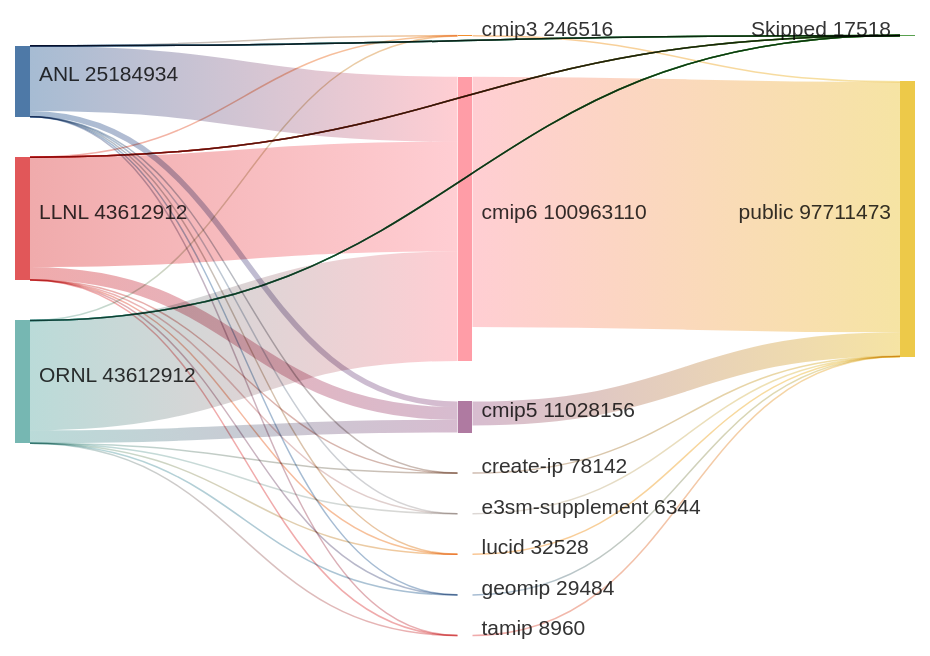
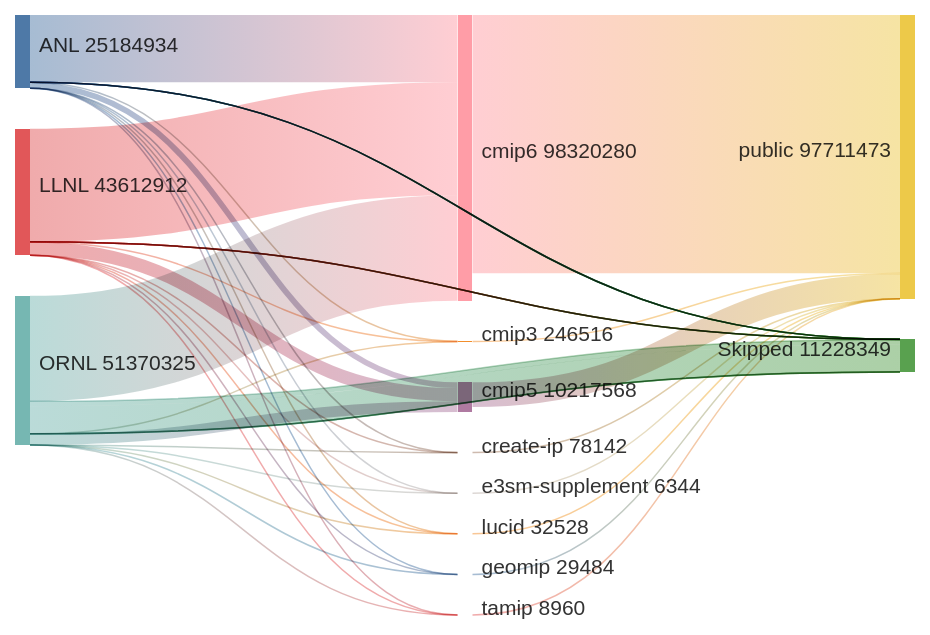
Before and after one commit to minxu74/metadata_docs: the diagram in docs/Migration/jsons/sankey_project_files.md, drawn with Mermaid. The commit also changed 2 other files, not shown here.

Commit message:
fix an error to generate the snakey diagrams

```diff
--- a/docs/Migration/jsons/sankey_project_files.md
+++ b/docs/Migration/jsons/sankey_project_files.md
@@ -13,21 +13,21 @@
 
 ANL, cmip5,1983272
 LLNL,cmip5,4522442
-ORNL,cmip5,4522442
+ORNL,cmip5,3711854
 
 ANL, Skipped,0
 LLNL,Skipped,0
-ORNL,Skipped,0
+ORNL,Skipped,1710500
 
 cmip5,public,8507068
 
 ANL, cmip6,23119490
 LLNL,cmip6,38921810
-ORNL,cmip6,38921810
+ORNL,cmip6,36278980
 
 ANL, Skipped,0
 LLNL,Skipped,8759
-ORNL,Skipped,8759
+ORNL,Skipped,9434533
 
 cmip6,public,88876988
 
@@ -37,7 +37,7 @@
 
 ANL, Skipped,0
 LLNL,Skipped,0
-ORNL,Skipped,0
+ORNL,Skipped,39071
 
 create-ip,public,39071
 
@@ -57,7 +57,7 @@
 
 ANL, Skipped,0
 LLNL,Skipped,0
-ORNL,Skipped,0
+ORNL,Skipped,14742
 
 geomip,public,14742
 
@@ -67,7 +67,7 @@
 
 ANL, Skipped,0
 LLNL,Skipped,0
-ORNL,Skipped,0
+ORNL,Skipped,16264
 
 lucid,public,16264
 
@@ -77,7 +77,7 @@
 
 ANL, Skipped,0
 LLNL,Skipped,0
-ORNL,Skipped,0
+ORNL,Skipped,4480
 
 tamip,public,4480
 
```
